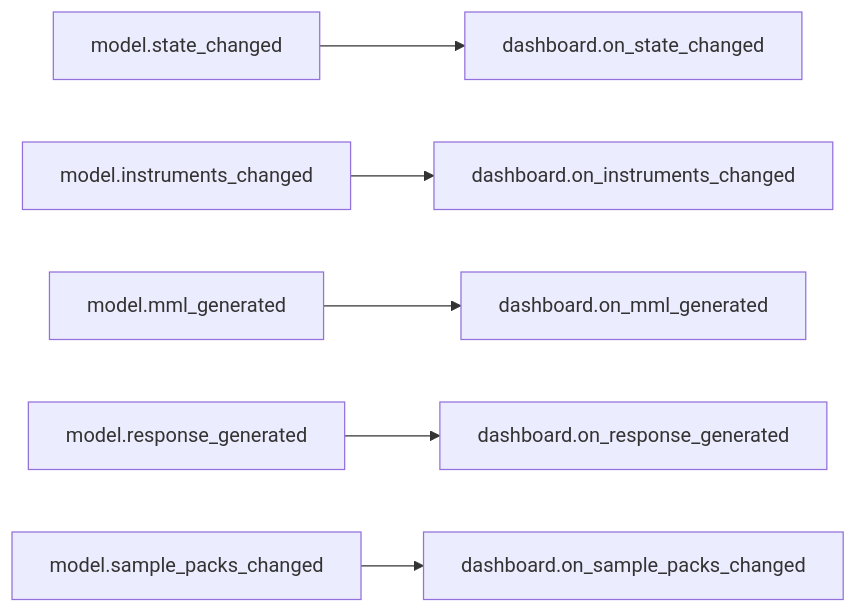
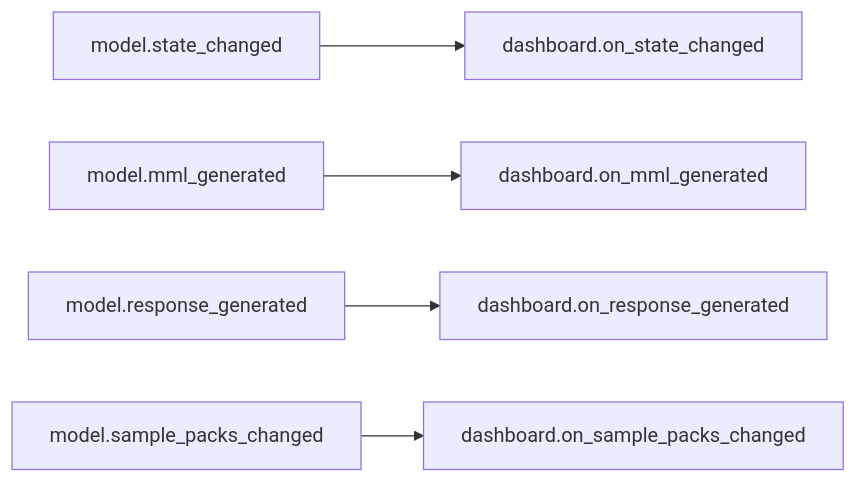
Before and after one commit to com-posers-pit/smw_music: the first of 10 diagrams in doc/source/dashboard_signal_slot_map.rst, drawn with Mermaid. The commit also changed 2 other files, not shown here.

Commit message:
Rework instrument update signal from model to view
Solo and mute weren't updated previously, and a race condition allowed
them to be missed due to updating the instrument list and mute/solo in
different signals

Now playing:
Resting Grounds by Christopher Larkin

```diff
--- a/doc/source/dashboard_signal_slot_map.rst
+++ b/doc/source/dashboard_signal_slot_map.rst
@@ -22,8 +22,7 @@
 .. mermaid::
 
    flowchart LR
       model.state_changed --> dashboard.on_state_changed
-      model.instruments_changed --> dashboard.on_instruments_changed
       model.mml_generated --> dashboard.on_mml_generated
       model.response_generated --> dashboard.on_response_generated
       model.sample_packs_changed --> dashboard.on_sample_packs_changed
```
